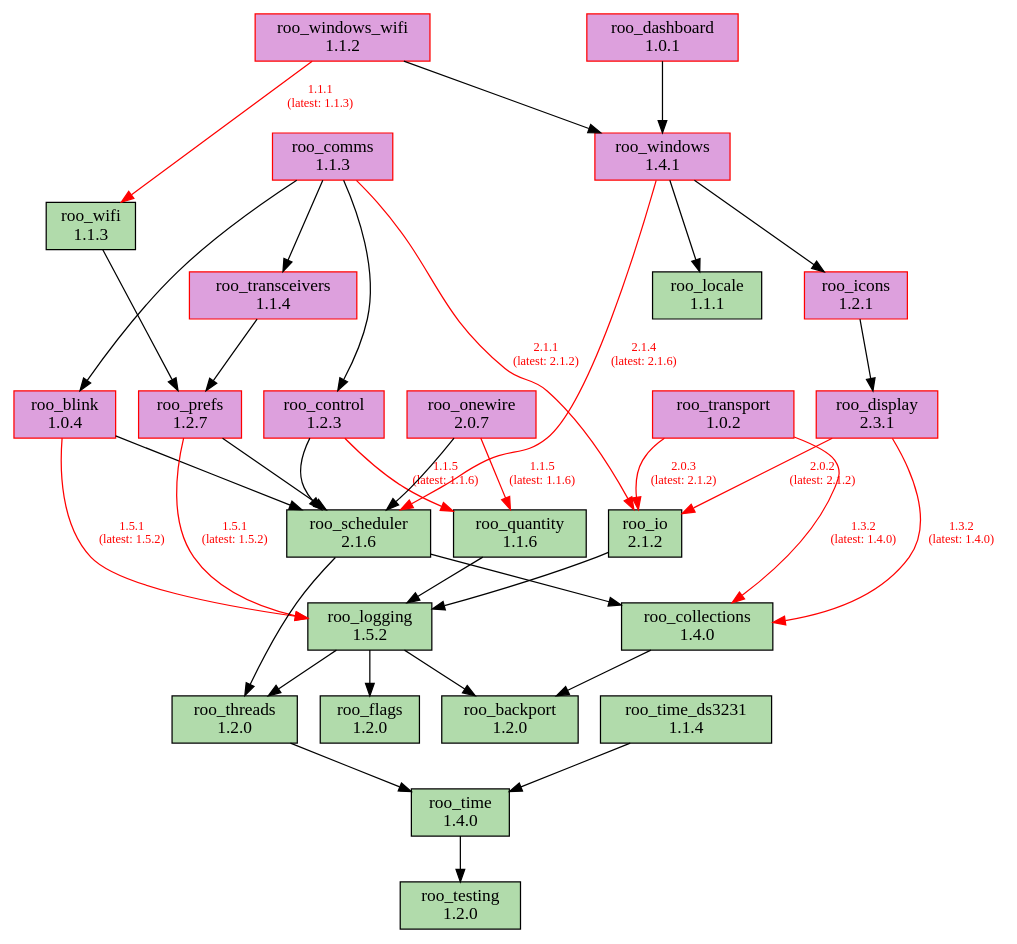
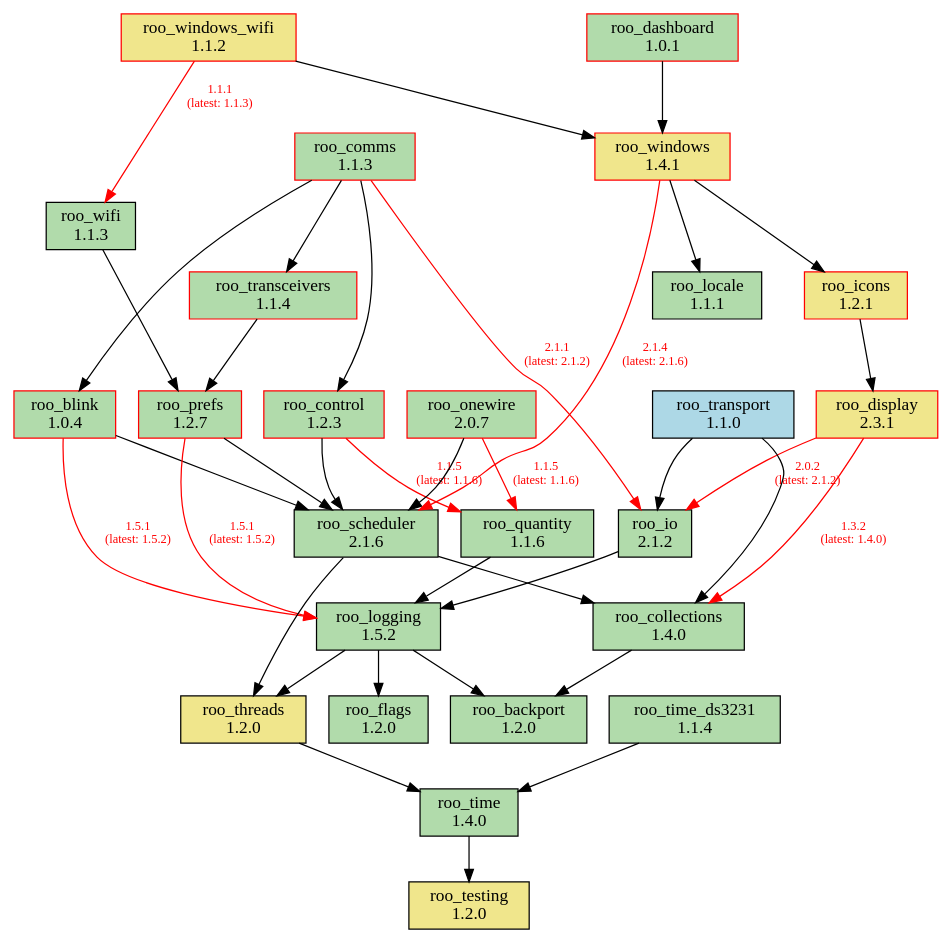
One commit to dejwk/roo-registry changed the diagram in doc/dependencies.dot. Above: the diagram before and after it, drawn with Graphviz. The commit also changed 3 other files, not shown here.

Commit message:
Added roo_transport 1.1.0 to the registry.

```diff
--- a/doc/dependencies.dot
+++ b/doc/dependencies.dot
@@ -1,70 +1,70 @@
 digraph dependencies {
     rankdir=TB;
     node [shape=box, style=filled];
     edge [fontsize=10];
 
     // Modules
     "roo_backport" [label="roo_backport\n1.2.0", fillcolor="#b1dbab", color="black"];
-    "roo_blink" [label="roo_blink\n1.0.4", fillcolor="plum", color="red"];
+    "roo_blink" [label="roo_blink\n1.0.4", fillcolor="#b1dbab", color="red"];
     "roo_collections" [label="roo_collections\n1.4.0", fillcolor="#b1dbab", color="black"];
-    "roo_comms" [label="roo_comms\n1.1.3", fillcolor="plum", color="red"];
-    "roo_control" [label="roo_control\n1.2.3", fillcolor="plum", color="red"];
-    "roo_dashboard" [label="roo_dashboard\n1.0.1", fillcolor="plum", color="red"];
-    "roo_display" [label="roo_display\n2.3.1", fillcolor="plum", color="red"];
+    "roo_comms" [label="roo_comms\n1.1.3", fillcolor="#b1dbab", color="red"];
+    "roo_control" [label="roo_control\n1.2.3", fillcolor="#b1dbab", color="red"];
+    "roo_dashboard" [label="roo_dashboard\n1.0.1", fillcolor="#b1dbab", color="red"];
+    "roo_display" [label="roo_display\n2.3.1", fillcolor="khaki", color="red"];
     "roo_flags" [label="roo_flags\n1.2.0", fillcolor="#b1dbab", color="black"];
-    "roo_icons" [label="roo_icons\n1.2.1", fillcolor="plum", color="red"];
+    "roo_icons" [label="roo_icons\n1.2.1", fillcolor="khaki", color="red"];
     "roo_io" [label="roo_io\n2.1.2", fillcolor="#b1dbab", color="black"];
     "roo_locale" [label="roo_locale\n1.1.1", fillcolor="#b1dbab", color="black"];
     "roo_logging" [label="roo_logging\n1.5.2", fillcolor="#b1dbab", color="black"];
-    "roo_onewire" [label="roo_onewire\n2.0.7", fillcolor="plum", color="red"];
-    "roo_prefs" [label="roo_prefs\n1.2.7", fillcolor="plum", color="red"];
+    "roo_onewire" [label="roo_onewire\n2.0.7", fillcolor="#b1dbab", color="red"];
+    "roo_prefs" [label="roo_prefs\n1.2.7", fillcolor="#b1dbab", color="red"];
     "roo_quantity" [label="roo_quantity\n1.1.6", fillcolor="#b1dbab", color="black"];
     "roo_scheduler" [label="roo_scheduler\n2.1.6", fillcolor="#b1dbab", color="black"];
-    "roo_testing" [label="roo_testing\n1.2.0", fillcolor="#b1dbab", color="black"];
-    "roo_threads" [label="roo_threads\n1.2.0", fillcolor="#b1dbab", color="black"];
+    "roo_testing" [label="roo_testing\n1.2.0", fillcolor="khaki", color="black"];
+    "roo_threads" [label="roo_threads\n1.2.0", fillcolor="khaki", color="black"];
     "roo_time" [label="roo_time\n1.4.0", fillcolor="#b1dbab", color="black"];
     "roo_time_ds3231" [label="roo_time_ds3231\n1.1.4", fillcolor="#b1dbab", color="black"];
-    "roo_transceivers" [label="roo_transceivers\n1.1.4", fillcolor="plum", color="red"];
-    "roo_transport" [label="roo_transport\n1.0.2", fillcolor="plum", color="red"];
+    "roo_transceivers" [label="roo_transceivers\n1.1.4", fillcolor="#b1dbab", color="red"];
+    "roo_transport" [label="roo_transport\n1.1.0", fillcolor="lightblue", color="black"];
     "roo_wifi" [label="roo_wifi\n1.1.3", fillcolor="#b1dbab", color="black"];
-    "roo_windows" [label="roo_windows\n1.4.1", fillcolor="plum", color="red"];
-    "roo_windows_wifi" [label="roo_windows_wifi\n1.1.2", fillcolor="plum", color="red"];
+    "roo_windows" [label="roo_windows\n1.4.1", fillcolor="khaki", color="red"];
+    "roo_windows_wifi" [label="roo_windows_wifi\n1.1.2", fillcolor="khaki", color="red"];
 
     // Dependencies
     "roo_blink" -> "roo_logging" [color=red, fontcolor=red, label="1.5.1\n(latest: 1.5.2)"];
     "roo_blink" -> "roo_scheduler";
     "roo_collections" -> "roo_backport";
     "roo_comms" -> "roo_blink";
     "roo_comms" -> "roo_control";
     "roo_comms" -> "roo_io" [color=red, fontcolor=red, label="2.1.1\n(latest: 2.1.2)"];
     "roo_comms" -> "roo_transceivers";
     "roo_control" -> "roo_quantity" [color=red, fontcolor=red, label="1.1.5\n(latest: 1.1.6)"];
     "roo_control" -> "roo_scheduler";
     "roo_dashboard" -> "roo_windows";
     "roo_display" -> "roo_collections" [color=red, fontcolor=red, label="1.3.2\n(latest: 1.4.0)"];
     "roo_display" -> "roo_io" [color=red, fontcolor=red, label="2.0.2\n(latest: 2.1.2)"];
     "roo_icons" -> "roo_display";
     "roo_io" -> "roo_logging";
     "roo_logging" -> "roo_backport";
     "roo_logging" -> "roo_flags";
     "roo_logging" -> "roo_threads";
     "roo_onewire" -> "roo_scheduler";
     "roo_onewire" -> "roo_quantity" [color=red, fontcolor=red, label="1.1.5\n(latest: 1.1.6)"];
     "roo_prefs" -> "roo_logging" [color=red, fontcolor=red, label="1.5.1\n(latest: 1.5.2)"];
     "roo_prefs" -> "roo_scheduler";
     "roo_quantity" -> "roo_logging";
     "roo_scheduler" -> "roo_collections";
     "roo_scheduler" -> "roo_threads";
     "roo_threads" -> "roo_time";
     "roo_time" -> "roo_testing";
     "roo_time_ds3231" -> "roo_time";
     "roo_transceivers" -> "roo_prefs";
-    "roo_transport" -> "roo_collections" [color=red, fontcolor=red, label="1.3.2\n(latest: 1.4.0)"];
-    "roo_transport" -> "roo_io" [color=red, fontcolor=red, label="2.0.3\n(latest: 2.1.2)"];
+    "roo_transport" -> "roo_collections";
+    "roo_transport" -> "roo_io";
     "roo_wifi" -> "roo_prefs";
     "roo_windows" -> "roo_locale";
     "roo_windows" -> "roo_icons";
     "roo_windows" -> "roo_scheduler" [color=red, fontcolor=red, label="2.1.4\n(latest: 2.1.6)"];
     "roo_windows_wifi" -> "roo_wifi" [color=red, fontcolor=red, label="1.1.1\n(latest: 1.1.3)"];
     "roo_windows_wifi" -> "roo_windows";
 }
```
